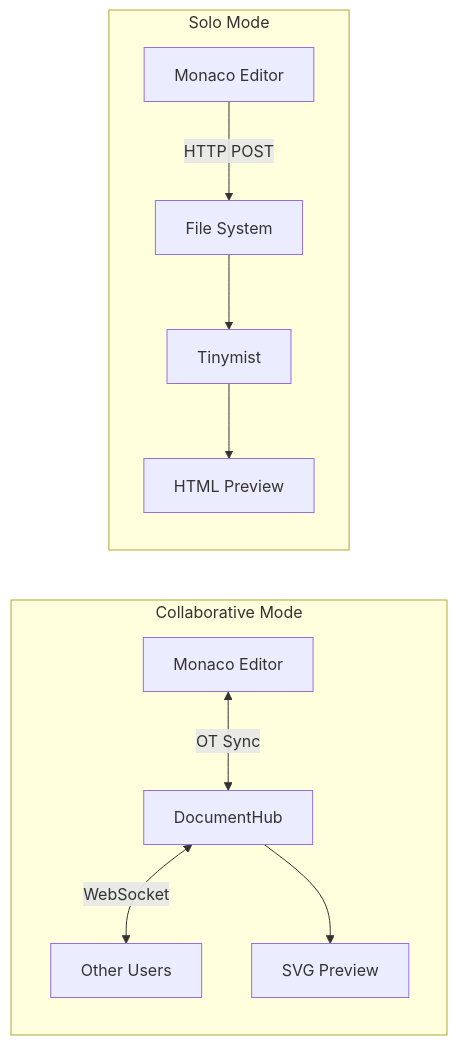
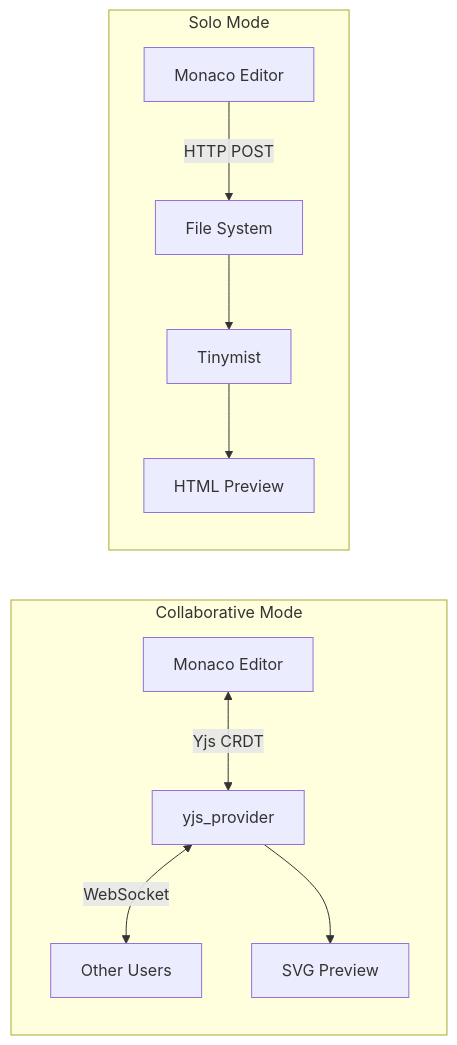
The first of 5 diagrams in docs/architecture/gui-stack.md (sihooleebd/noteworthy), drawn with Mermaid before and after one commit. The commit also changed other lines of this file and 11 other files, not shown here.

````diff
--- a/docs/architecture/gui-stack.md
+++ b/docs/architecture/gui-stack.md
@@ -45,14 +46,14 @@
 ```mermaid
 graph LR
     subgraph Collaborative["Collaborative Mode"]
-        A1[Monaco Editor] <-->|OT Sync| B1[DocumentHub]
+        A1[Monaco Editor] <-->|Yjs CRDT| B1[yjs_provider]
         B1 <-->|WebSocket| C1[Other Users]
         B1 --> D1[SVG Preview]
     end
     
     subgraph Solo["Solo Mode"]
         A2[Monaco Editor] -->|HTTP POST| B2[File System]
         B2 --> C2[Tinymist]
         C2 --> D2[HTML Preview]
     end
 ```
````
